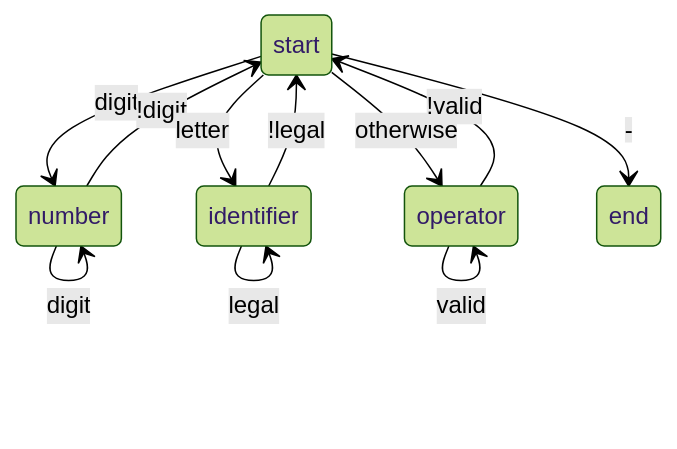
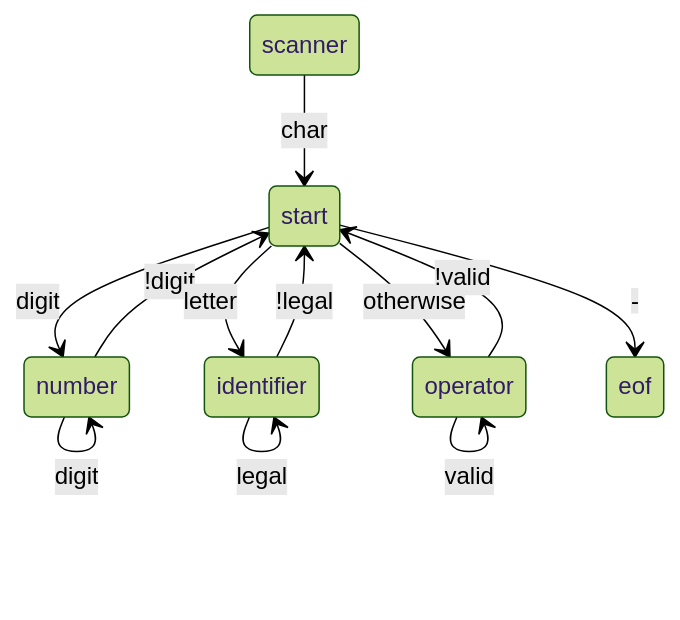
Before and after one commit to OrbitalJin/LogiCode: the second of 4 diagrams in README.md, drawn with Mermaid (forest theme). The commit also changed other lines of this file and 5 other files, not shown here.

````diff
--- a/README.md
+++ b/README.md
@@ -61,16 +61,17 @@
 ```mermaid
 stateDiagram-v2
+  scanner --> start: char
   start --> number: digit
   number --> number: digit
   number --> start: !digit
 
   start --> identifier: letter
   identifier --> identifier: legal
   identifier --> start: !legal
 
   start --> operator: otherwise
   operator --> start: !valid
   operator --> operator: valid
-  start --> end: -
+  start --> eof: -
   
 ```
````
